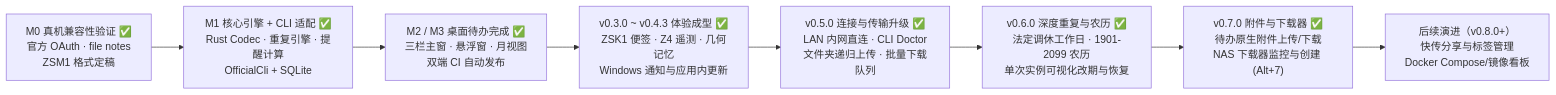
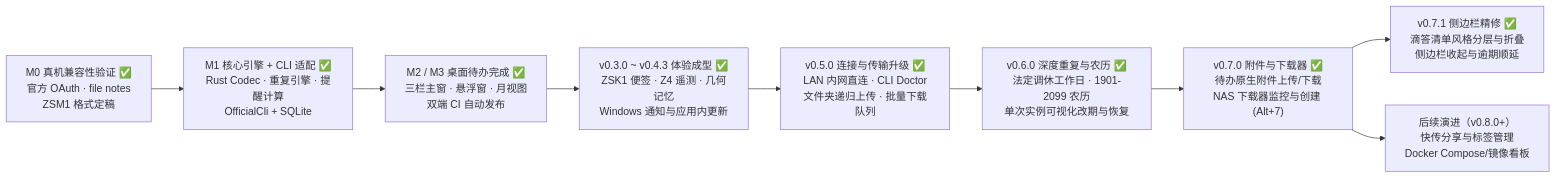
One commit to garyhj/ZSpaceMemo changed the second of 2 diagrams in docs/DESIGN.md. Above: the diagram before and after it, drawn with Mermaid. The commit also changed other lines of this file and 9 other files, not shown here.

````diff
--- a/docs/DESIGN.md
+++ b/docs/DESIGN.md
@@ -169,10 +169,11 @@
 ```mermaid
 flowchart LR
   M0["M0 真机兼容性验证 ✅<br/>官方 OAuth · file notes<br/>ZSM1 格式定稿"] --> M1["M1 核心引擎 + CLI 适配 ✅<br/>Rust Codec · 重复引擎 · 提醒计算<br/>OfficialCli + SQLite"]
   M1 --> M2["M2 / M3 桌面待办完成 ✅<br/>三栏主窗 · 悬浮窗 · 月视图<br/>双端 CI 自动发布"]
   M2 --> V030["v0.3.0 ~ v0.4.3 体验成型 ✅<br/>ZSK1 便签 · Z4 遥测 · 几何记忆<br/>Windows 通知与应用内更新"]
   V030 --> V050["v0.5.0 连接与传输升级 ✅<br/>LAN 内网直连 · CLI Doctor<br/>文件夹递归上传 · 批量下载队列"]
   V050 --> V060["v0.6.0 深度重复与农历 ✅<br/>法定调休工作日 · 1901-2099 农历<br/>单次实例可视化改期与恢复"]
   V060 --> V070["v0.7.0 附件与下载器 ✅<br/>待办原生附件上传/下载<br/>NAS 下载器监控与创建 (Alt+7)"]
+  V070 --> V071["v0.7.1 侧边栏精修 ✅<br/>滴答清单风格分层与折叠<br/>侧边栏收起与逾期顺延"]
   V070 --> NEXT["后续演进（v0.8.0+）<br/>快传分享与标签管理<br/>Docker Compose/镜像看板"]
 ```
````
